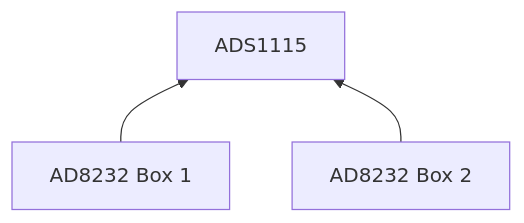
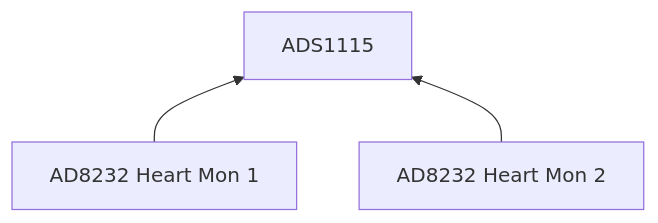
Before and after one commit to georgewicks/ESP32_ECGMonitor: the second of 2 diagrams in docs/DESIGN.md, drawn with Mermaid. The commit also changed other lines of this file and 5 other files, not shown here.

Commit message:
More details on the Hardware Block Diagram and description.

````diff
--- a/docs/DESIGN.md
+++ b/docs/DESIGN.md
@@ -27,5 +60,5 @@
 ```mermaid
 graph BT
-    AD8232_1[AD8232 Box 1] --> ADS1115[ADS1115]
-    AD8232_2[AD8232 Box 2] --> ADS1115[ADS1115]
+    AD8232_1[AD8232 Heart Mon 1] --> ADS1115[ADS1115]
+    AD8232_2[AD8232 Heart Mon 2] --> ADS1115[ADS1115]
 ```
````
